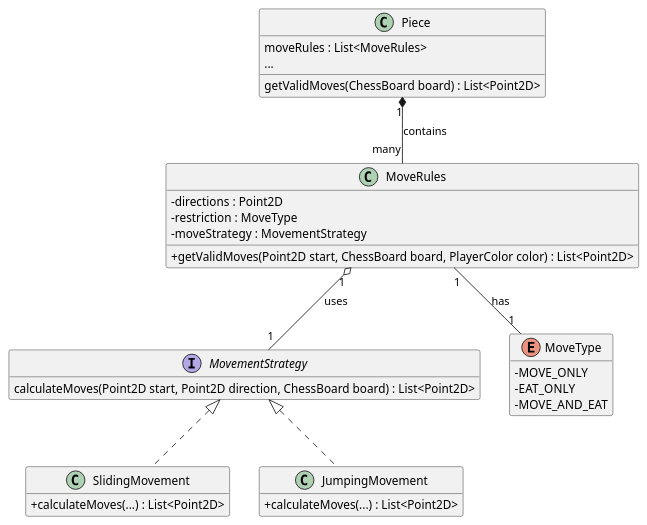
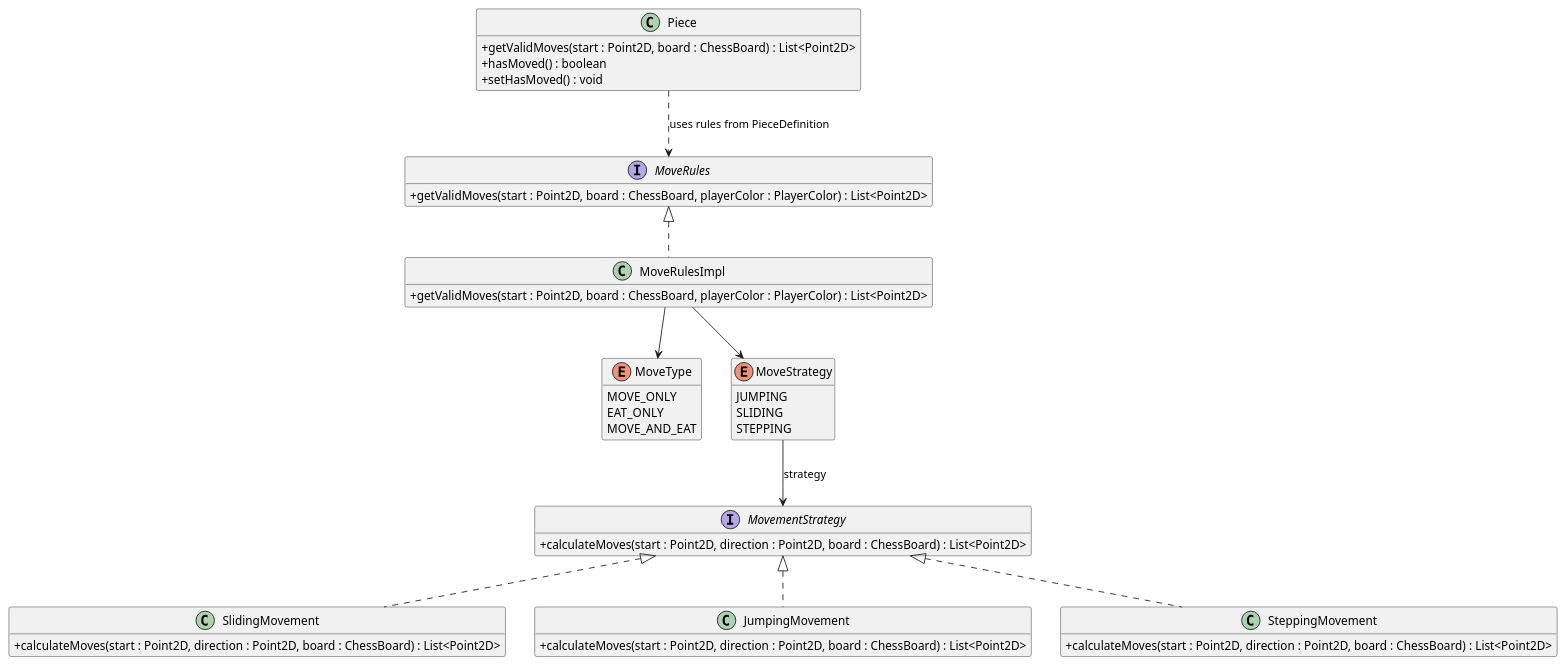
Before and after one commit to Turbo-Chess/Turbo-Chess: the diagram in docs/Movement.puml, drawn with PlantUML. The commit also changed 3 other files, not shown here.

```diff
--- a/docs/Movement.puml
+++ b/docs/Movement.puml
@@ -1,44 +1,60 @@
-@startuml
+@startuml Movement
+
 skinparam classAttributeIconSize 0
 hide empty fields
 hide empty methods
 
-Interface MovementStrategy {
-    calculateMoves(Point2D start, Point2D direction, ChessBoard board) : List<Point2D>
+interface MovementStrategy {
+    +calculateMoves(start : Point2D, direction : Point2D, board : ChessBoard) : List<Point2D>
 }
 
 class SlidingMovement {
-    + calculateMoves(...) : List<Point2D>
+    +calculateMoves(start : Point2D, direction : Point2D, board : ChessBoard) : List<Point2D>
 }
 
 class JumpingMovement {
-    + calculateMoves(...) : List<Point2D>
+    +calculateMoves(start : Point2D, direction : Point2D, board : ChessBoard) : List<Point2D>
 }
 
-class MoveRules {
-    - directions : Point2D
-    - restriction : MoveType
-    - moveStrategy : MovementStrategy
+class SteppingMovement {
+    +calculateMoves(start : Point2D, direction : Point2D, board : ChessBoard) : List<Point2D>
+}
 
-    + getValidMoves(Point2D start, ChessBoard board, PlayerColor color) : List<Point2D>
+interface MoveRules {
+    +getValidMoves(start : Point2D, board : ChessBoard, playerColor : PlayerColor) : List<Point2D>
+}
+
+class MoveRulesImpl {
+    +getValidMoves(start : Point2D, board : ChessBoard, playerColor : PlayerColor) : List<Point2D>
 }
 
 enum MoveType {
-    - MOVE_ONLY
-    - EAT_ONLY
-    - MOVE_AND_EAT
+    MOVE_ONLY
+    EAT_ONLY
+    MOVE_AND_EAT
+}
+
+enum MoveStrategy {
+    JUMPING
+    SLIDING
+    STEPPING
 }
 
 class Piece {
-    moveRules : List<MoveRules>
-    ...
-
-    getValidMoves(ChessBoard board) : List<Point2D>
+    +getValidMoves(start : Point2D, board : ChessBoard) : List<Point2D>
+    +hasMoved() : boolean
+    +setHasMoved() : void
 }
 
 MovementStrategy <|.. SlidingMovement
 MovementStrategy <|.. JumpingMovement
-Piece "1" *-- "many" MoveRules : contains
-MoveRules "1" o-- "1" MovementStrategy : uses
-MoveRules "1" -- "1" MoveType : has
+MovementStrategy <|.. SteppingMovement
+
+MoveRules <|.. MoveRulesImpl
+MoveRulesImpl --> MoveType
+MoveRulesImpl --> MoveStrategy
+MoveStrategy --> MovementStrategy : strategy
+
+Piece ..> MoveRules : uses rules from PieceDefinition
+
 @enduml
```
